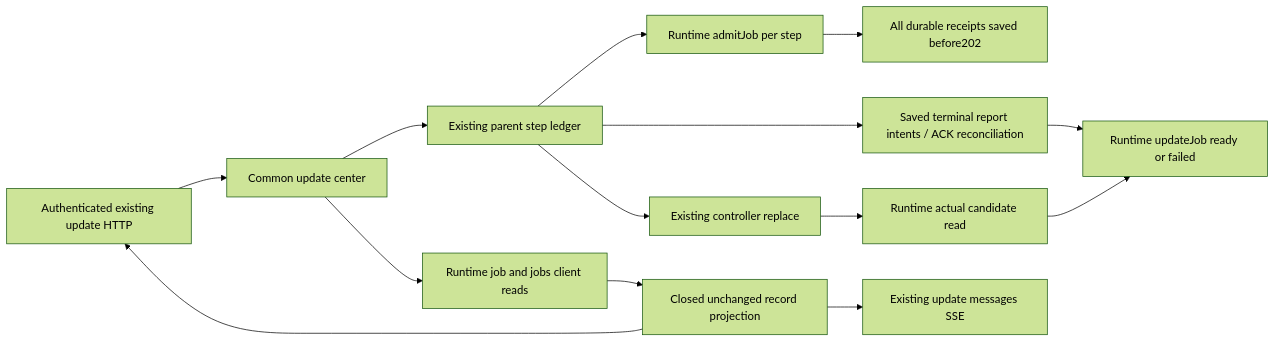
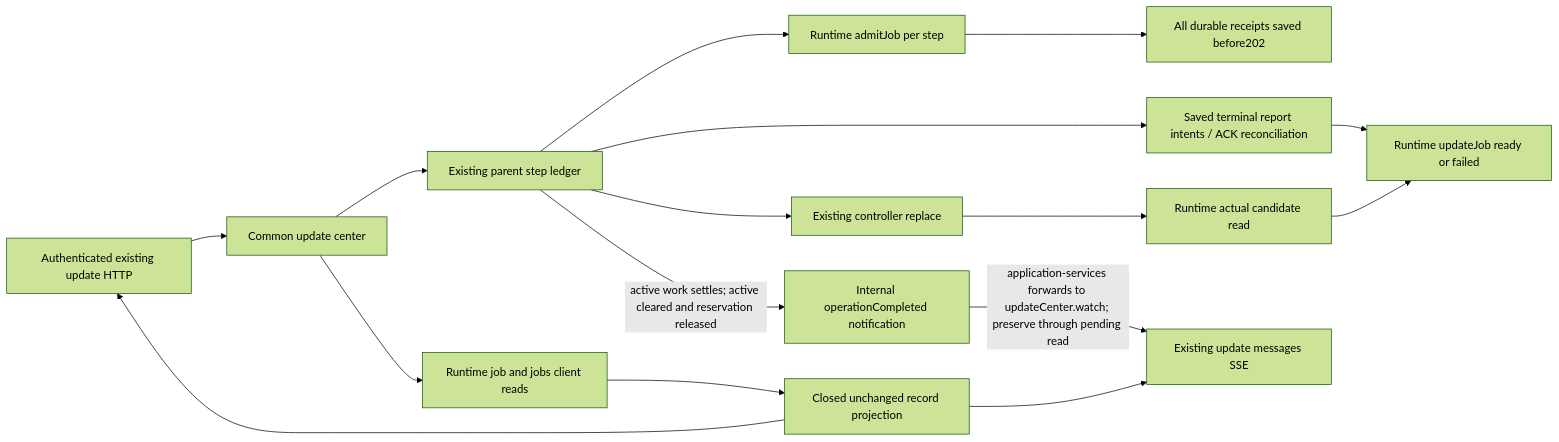
The second of 3 diagrams in docs/architecture/modules/integration/update-jobs.md (kitepon/BellTeam), drawn with Mermaid (forest theme) before and after one commit. The commit also changed other lines of this file and 7 other files, not shown here.

````diff
--- a/docs/architecture/modules/integration/update-jobs.md
+++ b/docs/architecture/modules/integration/update-jobs.md
@@ -62,16 +62,18 @@
 ```mermaid
 flowchart LR
   HTTP[Authenticated existing update HTTP] --> Center[Common update center]
   Center --> Executor[Existing parent step ledger]
   Executor --> Admit[Runtime admitJob per step]
   Admit --> Receipt[All durable receipts saved before202]
   Executor --> Reports[Saved terminal report intents / ACK reconciliation]
   Reports --> Report
   Executor --> Adapter[Existing controller replace]
   Adapter --> Probe[Runtime actual candidate read]
   Probe --> Report[Runtime updateJob ready or failed]
   Center --> Reader[Runtime job and jobs client reads]
   Reader --> Projection[Closed unchanged record projection]
   Projection --> HTTP
   Projection --> SSE[Existing update messages SSE]
+  Executor -->|active work settles; active cleared and reservation released| Completion[Internal operationCompleted notification]
+  Completion -->|application-services forwards to updateCenter.watch; preserve through pending read| SSE
 ```
````
